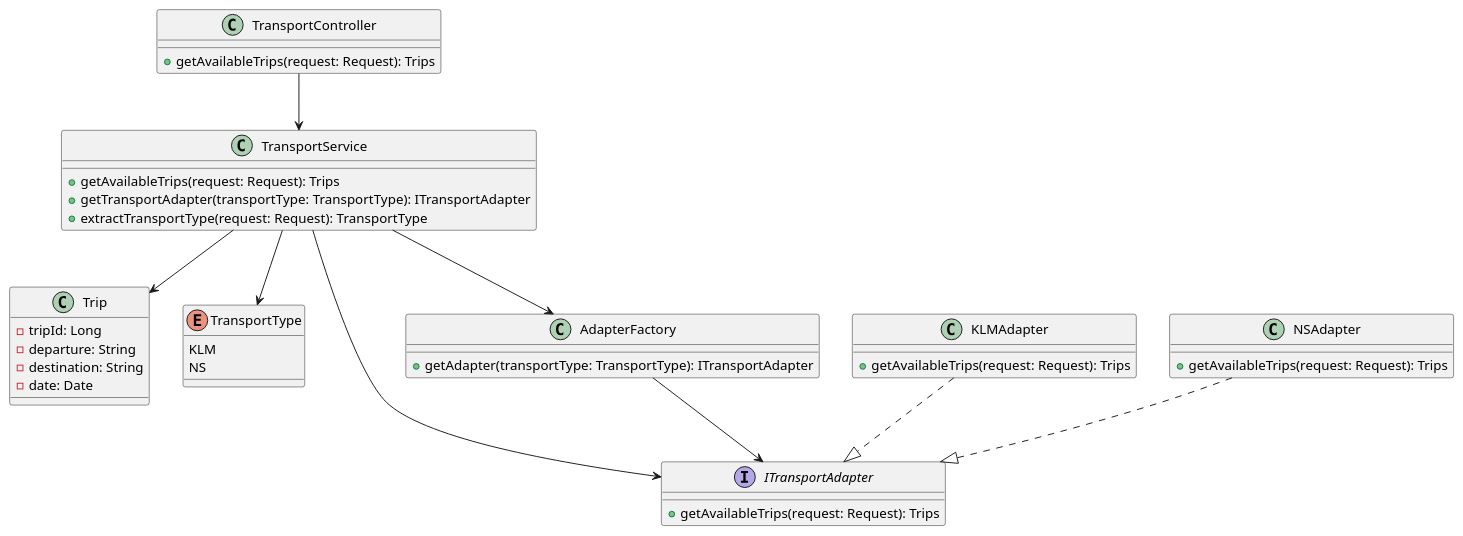
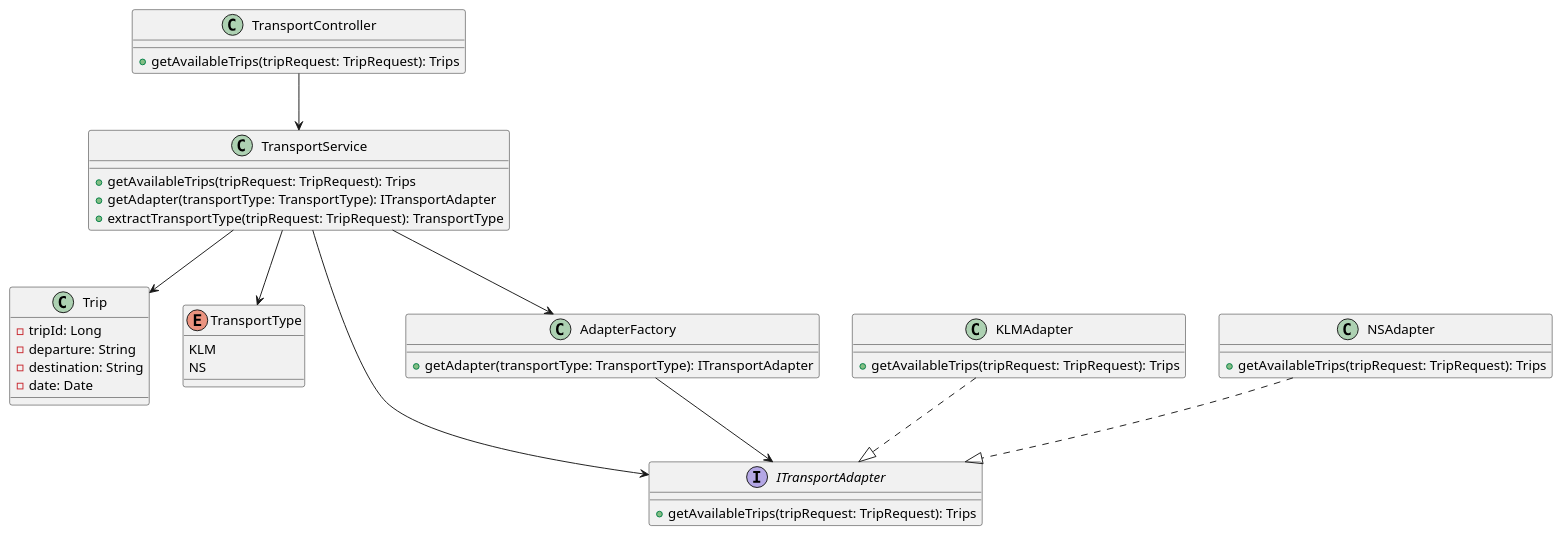
The diagram in groeps-uitwerkingen/week2/klassediagrammen/klassediagram-Felix.puml (AIM-ENE-feb25/triptop-de-broederbond-fgs), drawn with PlantUML before and after one commit.

Commit message:
klassediagram komt nu overeen met code

```diff
--- a/groeps-uitwerkingen/week2/klassediagrammen/klassediagram-Felix.puml
+++ b/groeps-uitwerkingen/week2/klassediagrammen/klassediagram-Felix.puml
@@ -1,54 +1,54 @@
 @startuml
 
 class TransportController {
-    +getAvailableTrips(request: Request): Trips
+    +getAvailableTrips(tripRequest: TripRequest): Trips
 }
 
 TransportController --> TransportService
 
 class TransportService {
-    +getAvailableTrips(request: Request): Trips
-    +getTransportAdapter(transportType: TransportType): ITransportAdapter
-    +extractTransportType(request: Request): TransportType
+    +getAvailableTrips(tripRequest: TripRequest): Trips
+    +getAdapter(transportType: TransportType): ITransportAdapter
+    +extractTransportType(tripRequest: TripRequest): TransportType
 }
 
 class Trip {
     - tripId: Long
     - departure: String
     - destination: String
     - date: Date
 }
 
 enum TransportType {
     KLM
     NS
 }
 
 interface ITransportAdapter {
-    +getAvailableTrips(request: Request): Trips
+    +getAvailableTrips(tripRequest: TripRequest): Trips
 }
 
 class KLMAdapter {
-    +getAvailableTrips(request: Request): Trips
+    +getAvailableTrips(tripRequest: TripRequest): Trips
 }
 
 class NSAdapter {
-    +getAvailableTrips(request: Request): Trips
+    +getAvailableTrips(tripRequest: TripRequest): Trips
 }
 
 class AdapterFactory {
     +getAdapter(transportType: TransportType): ITransportAdapter
 }
 
 TransportService --> Trip
 
 KLMAdapter ..|> ITransportAdapter
 NSAdapter ..|> ITransportAdapter
 TransportService --> ITransportAdapter
 
 AdapterFactory --> ITransportAdapter
 TransportService --> AdapterFactory
 
 TransportService --> TransportType
 
 @enduml
```
